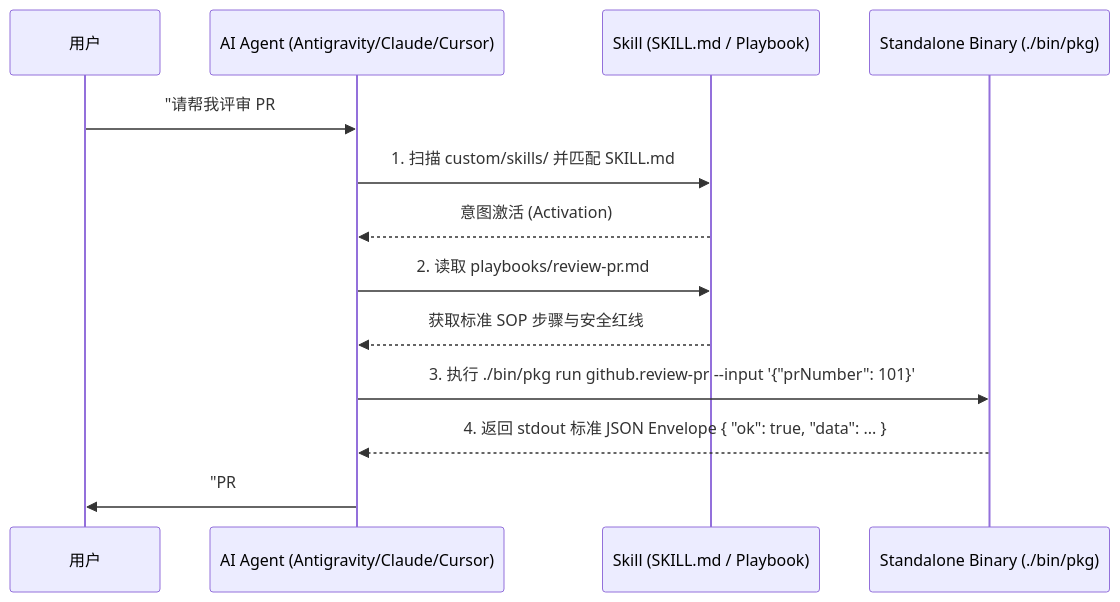
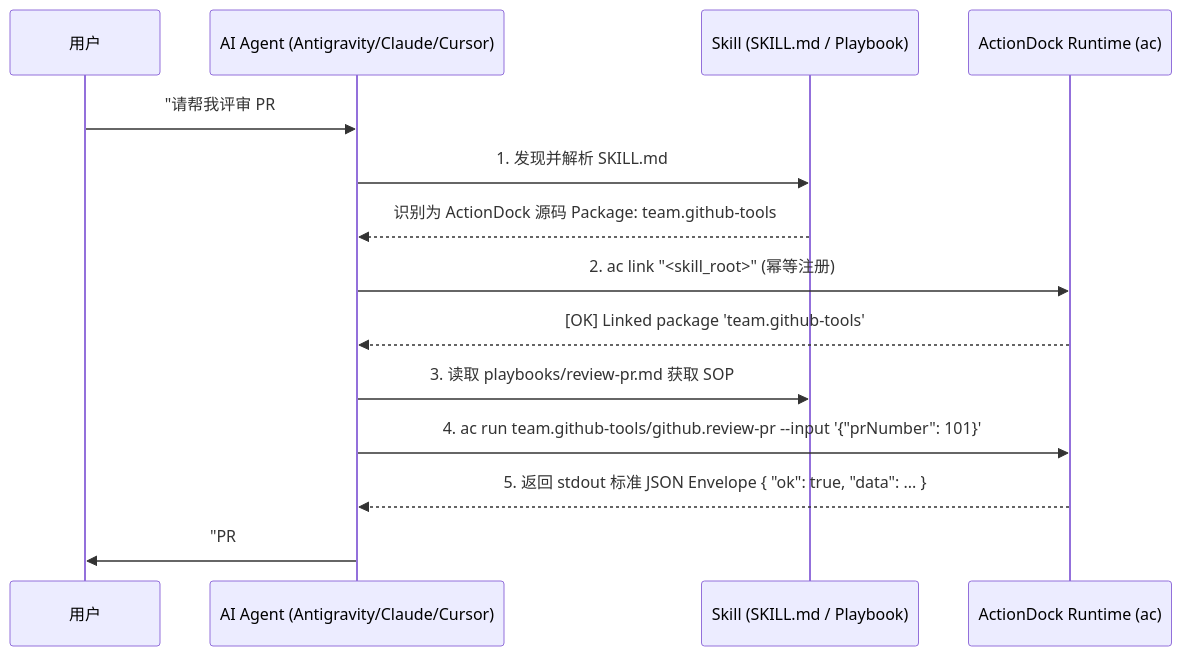
One commit to team4u/actiondock changed the second of 2 diagrams in docs/skill-guide.md. Above: the diagram before and after it, drawn with Mermaid. The commit also changed other lines of this file and 8 other files, not shown here.

Commit message:
feat(export): support dual source skill (default) and standalone skill export models

````diff
--- a/docs/skill-guide.md
+++ b/docs/skill-guide.md
@@ -187,16 +167,17 @@
 ```mermaid
 sequenceDiagram
     participant User as 用户
     participant Agent as AI Agent (Antigravity/Claude/Cursor)
     participant Skill as Skill (SKILL.md / Playbook)
-    participant Bin as Standalone Binary (./bin/pkg)
+    participant Runtime as ActionDock Runtime (ac)
 
-    User->>Agent: "请帮我评审 PR #101 并打上标签"
-    Agent->>Skill: 1. 扫描 custom/skills/ 并匹配 SKILL.md
-    Skill-->>Agent: 意图激活 (Activation)
-    Agent->>Skill: 2. 读取 playbooks/review-pr.md
-    Skill-->>Agent: 获取标准 SOP 步骤与安全红线
-    Agent->>Bin: 3. 执行 ./bin/pkg run github.review-pr --input '{"prNumber": 101}'
-    Bin-->>Agent: 4. 返回 stdout 标准 JSON Envelope { "ok": true, "data": ... }
+    User->>Agent: "请帮我评审 PR #101"
+    Agent->>Skill: 1. 发现并解析 SKILL.md
+    Skill-->>Agent: 识别为 ActionDock 源码 Package: team.github-tools
+    Agent->>Runtime: 2. ac link "<skill_root>" (幂等注册)
+    Runtime-->>Agent: [OK] Linked package 'team.github-tools'
+    Agent->>Skill: 3. 读取 playbooks/review-pr.md 获取 SOP
+    Agent->>Runtime: 4. ac run team.github-tools/github.review-pr --input '{"prNumber": 101}'
+    Runtime-->>Agent: 5. 返回 stdout 标准 JSON Envelope { "ok": true, "data": ... }
     Agent->>User: "PR #101 评审完成，已发表结论。"
 ```
````
